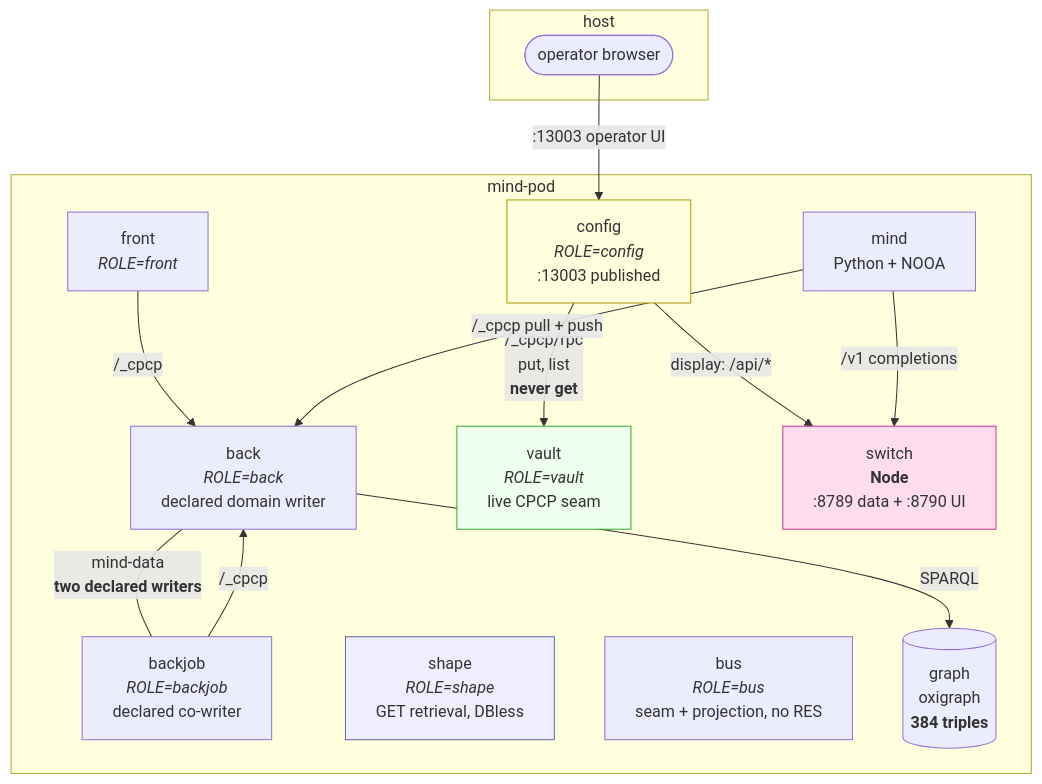
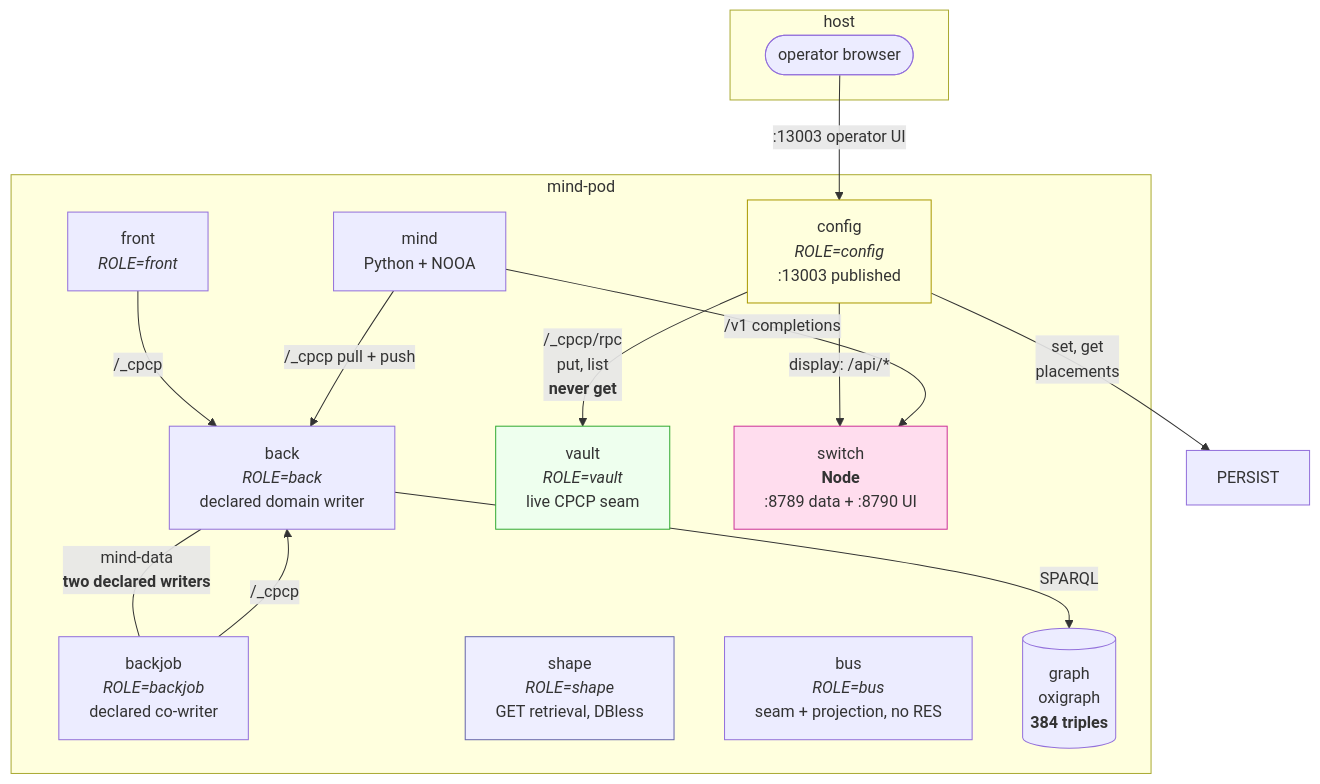
Before and after one commit to laquereric/magentic-stack: the first of 6 diagrams in docs/architecture/ContainerTopology.md, drawn with Mermaid. The commit also changed other lines of this file, not shown here.

Commit message:
docs: topology current -- persist runs, bus split, :13001 retired

````diff
--- a/docs/architecture/ContainerTopology.md
+++ b/docs/architecture/ContainerTopology.md
@@ -33,32 +33,33 @@
 ```mermaid
 graph TB
   subgraph host["host"]
     H(["operator browser"])
   end
   subgraph pod["mind-pod"]
     CONFIG["config<br/><i>ROLE=config</i><br/>:13003 published"]
     FRONT["front<br/><i>ROLE=front</i>"]
     BACK["back<br/><i>ROLE=back</i><br/>declared domain writer"]
     BACKJOB["backjob<br/><i>ROLE=backjob</i><br/>declared co-writer"]
     VAULT["vault<br/><i>ROLE=vault</i><br/>live CPCP seam"]
     MIND["mind<br/>Python + NOOA"]
     SHAPE["shape<br/><i>ROLE=shape</i><br/>GET retrieval, DBless"]
     BUS["bus<br/><i>ROLE=bus</i><br/>seam + projection, no RES"]
     SWITCH["switch<br/><b>Node</b><br/>:8789 data + :8790 UI"]
     GRAPH[("graph<br/>oxigraph<br/><b>384 triples</b>")]
   end
   H -->|":13003 operator UI"| CONFIG
   CONFIG -->|"/_cpcp/rpc<br/>put, list<br/><b>never get</b>"| VAULT
+  CONFIG -->|"set, get<br/>placements"| PERSIST
   FRONT -->|"/_cpcp"| BACK
   CONFIG -->|"display: /api/*"| SWITCH
   BACKJOB -->|"/_cpcp"| BACK
   MIND -->|"/_cpcp pull + push"| BACK
   MIND -->|"/v1 completions"| SWITCH
   BACK -->|"SPARQL"| GRAPH
   BACK ---|"mind-data<br/><b>two declared writers</b>"| BACKJOB
 
   style SWITCH fill:#fde,stroke:#c39
   style VAULT fill:#efe,stroke:#3a3
   style CONFIG fill:#ffd,stroke:#a90
   style SHAPE fill:#eef,stroke:#66a
 ```
````
